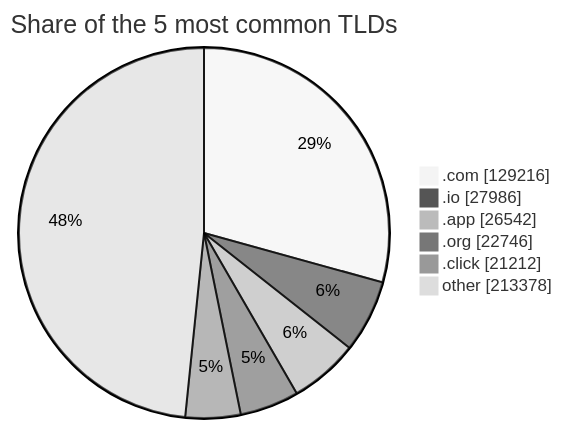
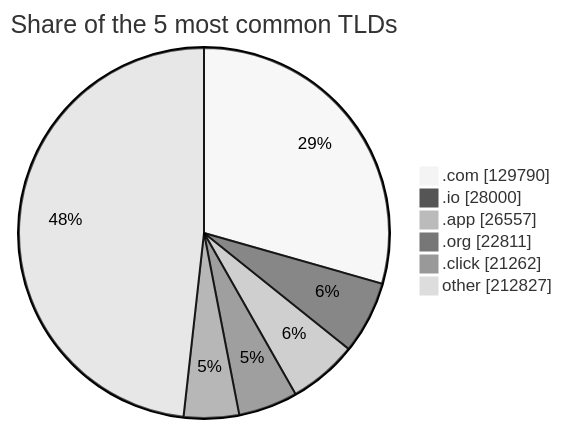
One commit to DNSBunker/CTI changed the third of 3 diagrams in README.md. Above: the diagram before and after it, drawn with Mermaid (neutral theme). The commit also changed other lines of this file and 3 other files, not shown here.

````diff
--- a/README.md
+++ b/README.md
@@ -81,9 +81,9 @@
 ```mermaid
 pie showData title Share of the 5 most common TLDs
-    ".com" : 129216
-    ".io" : 27986
-    ".app" : 26542
-    ".org" : 22746
-    ".click" : 21212
-    "other" : 213378
+    ".com" : 129790
+    ".io" : 28000
+    ".app" : 26557
+    ".org" : 22811
+    ".click" : 21262
+    "other" : 212827
 ```
````
